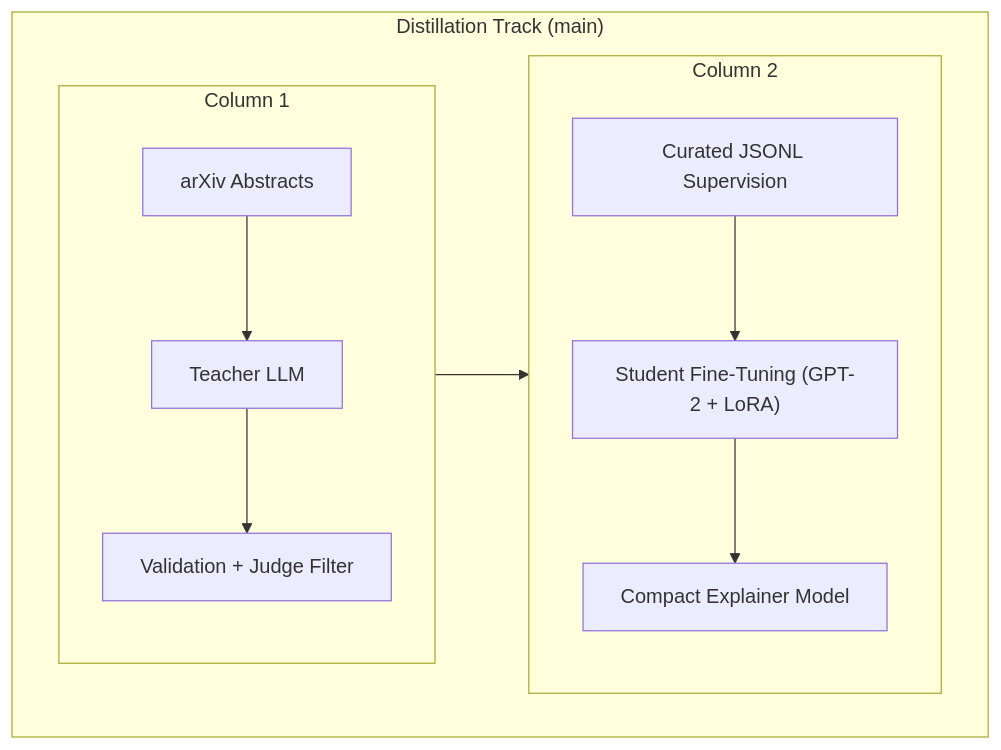
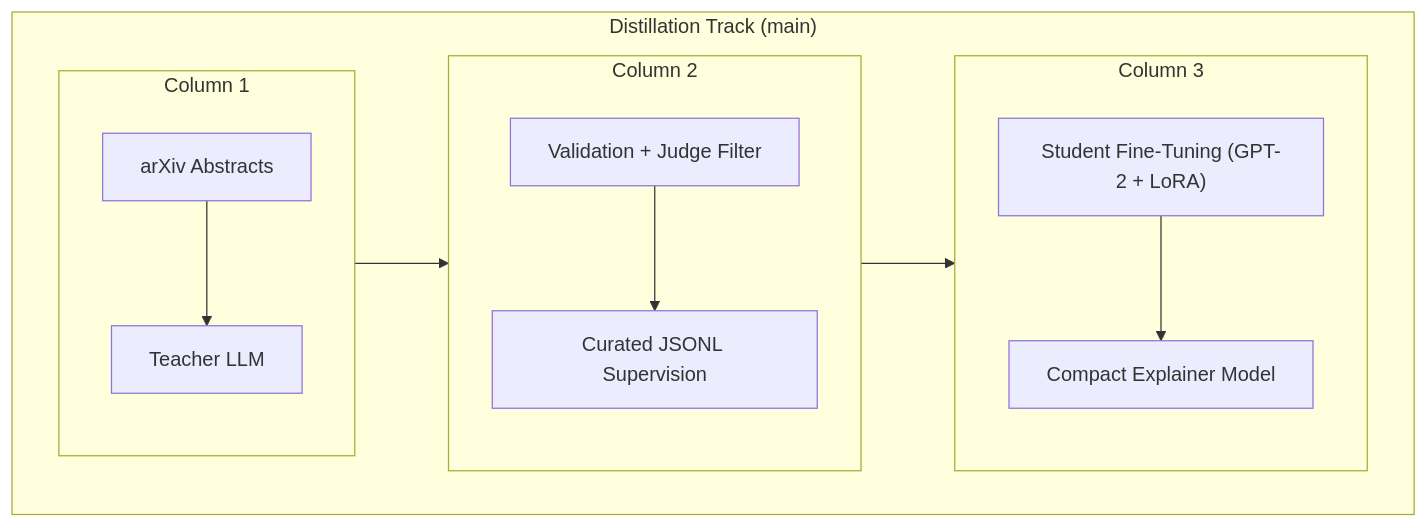
Before and after one commit to daspushpita/MiniAstroGPT: the first of 2 diagrams in README.md, drawn with Mermaid. The commit also changed other lines of this file, not shown here.

Commit message:
Refine README formatting and Mermaid layout

````diff
--- a/README.md
+++ b/README.md
@@ -81,18 +81,24 @@
 ```mermaid
 flowchart LR
   subgraph D["Distillation Track (main)"]
     direction LR
 
     subgraph D1["Column 1"]
       direction TB
-      A["arXiv Abstracts"] --> B["Teacher LLM"] --> C["Validation + Judge Filter"]
+      A["arXiv Abstracts"] --> B["Teacher LLM"]
     end
 
     subgraph D2["Column 2"]
       direction TB
-      E["Curated JSONL Supervision"] --> F["Student Fine-Tuning (GPT-2 + LoRA)"] --> G["Compact Explainer Model"]
+      C["Validation + Judge Filter"] --> E["Curated JSONL Supervision"]
     end
 
-    C --> E
+    subgraph D3["Column 3"]
+      direction TB
+      F["Student Fine-Tuning (GPT-2 + LoRA)"] --> G["Compact Explainer Model"]
+    end
+
+    B --> C
+    E --> F
   end
 ```
````
